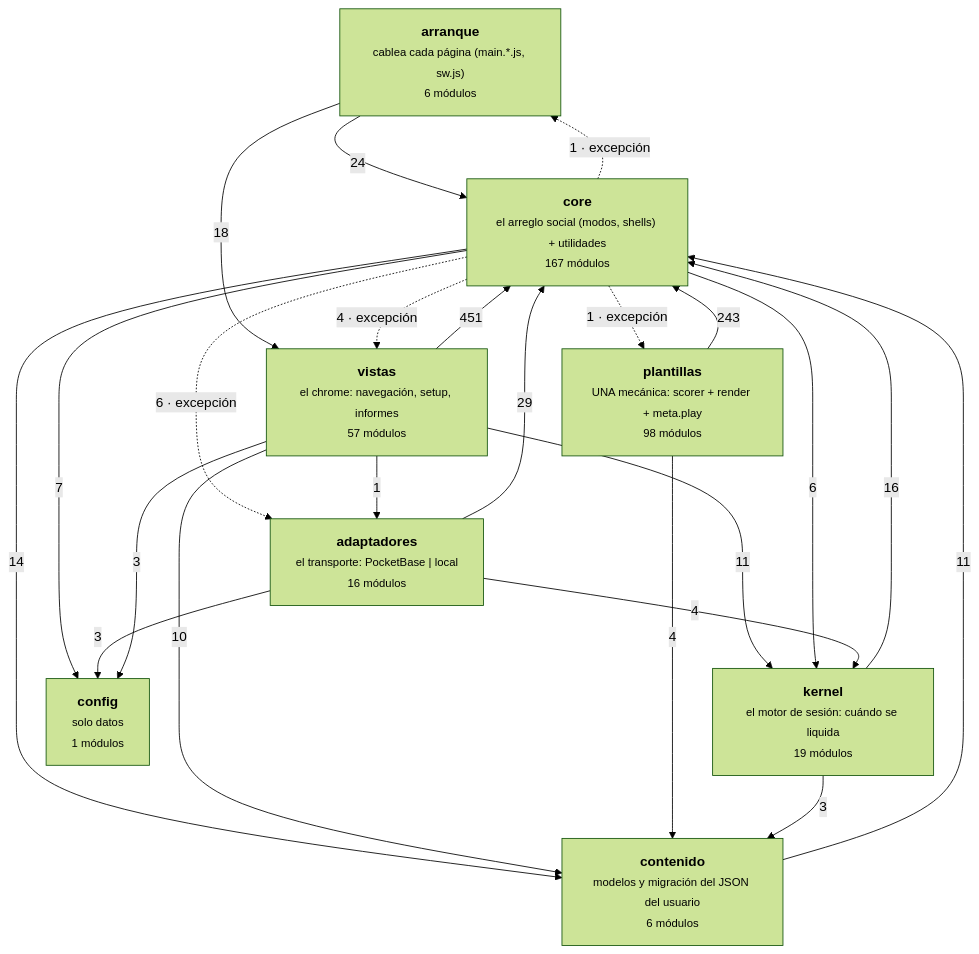
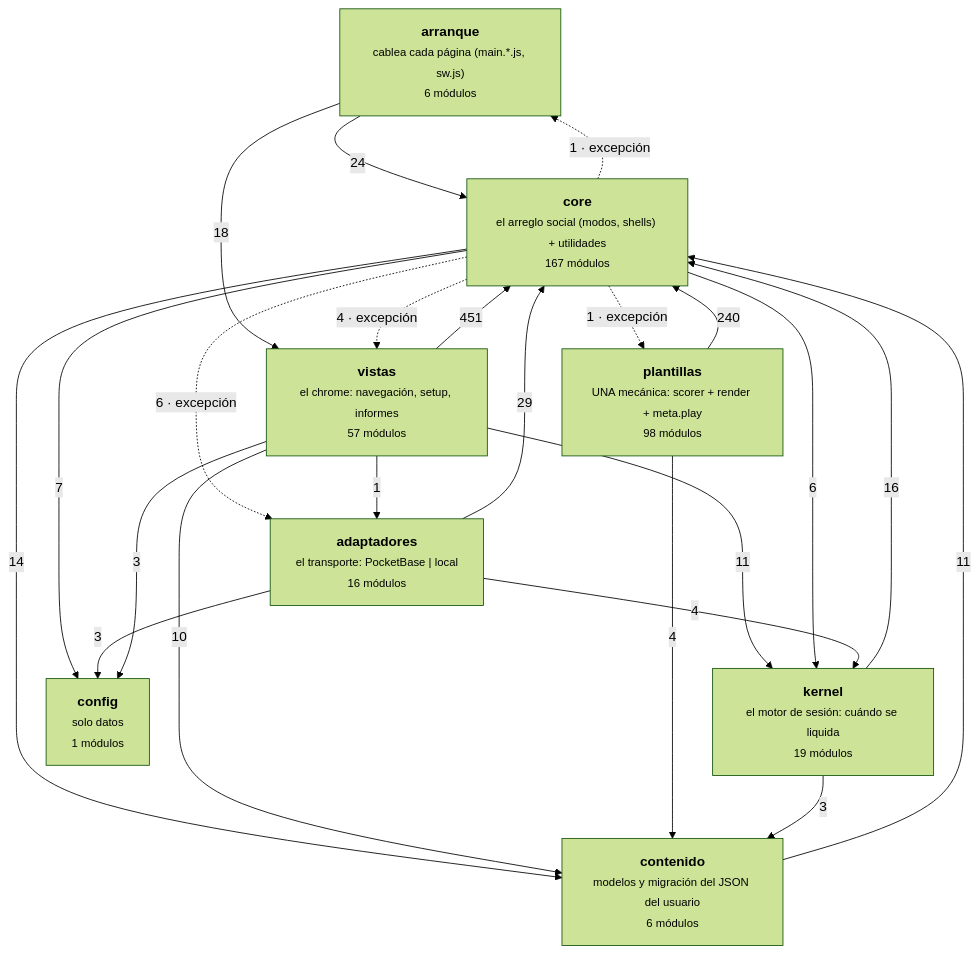
Before and after one commit to duecaz/ac: the diagram in docs/arquitectura-modulos.md, drawn with Mermaid (forest theme). The commit also changed other lines of this file and 21 other files, not shown here.

````diff
--- a/docs/arquitectura-modulos.md
+++ b/docs/arquitectura-modulos.md
@@ -56,33 +56,33 @@
 ```mermaid
 graph TD
   A["<b>arranque</b><br/><small>cablea cada página (main.*.js, sw.js)</small><br/><small>6 módulos</small>"]
   V["<b>vistas</b><br/><small>el chrome: navegación, setup, informes</small><br/><small>57 módulos</small>"]
   AD["<b>adaptadores</b><br/><small>el transporte: PocketBase | local</small><br/><small>16 módulos</small>"]
   C["<b>core</b><br/><small>el arreglo social (modos, shells) + utilidades</small><br/><small>167 módulos</small>"]
   K["<b>kernel</b><br/><small>el motor de sesión: cuándo se liquida</small><br/><small>19 módulos</small>"]
   T["<b>plantillas</b><br/><small>UNA mecánica: scorer + render + meta.play</small><br/><small>98 módulos</small>"]
   CO["<b>contenido</b><br/><small>modelos y migración del JSON del usuario</small><br/><small>6 módulos</small>"]
   CF["<b>config</b><br/><small>solo datos</small><br/><small>1 módulos</small>"]
   V -->|451| C
-  T -->|243| C
+  T -->|240| C
   AD -->|29| C
   A -->|24| C
   A -->|18| V
   K -->|16| C
   C -->|14| CO
   CO -->|11| C
   V -->|11| K
   V -->|10| CO
   C -->|7| CF
   C -->|6| K
   C -.->|6 · excepción| AD
   AD -->|4| K
   C -.->|4 · excepción| V
   T -->|4| CO
   AD -->|3| CF
   K -->|3| CO
   V -->|3| CF
   C -.->|1 · excepción| T
   C -.->|1 · excepción| A
   V -->|1| AD
 ```
````
